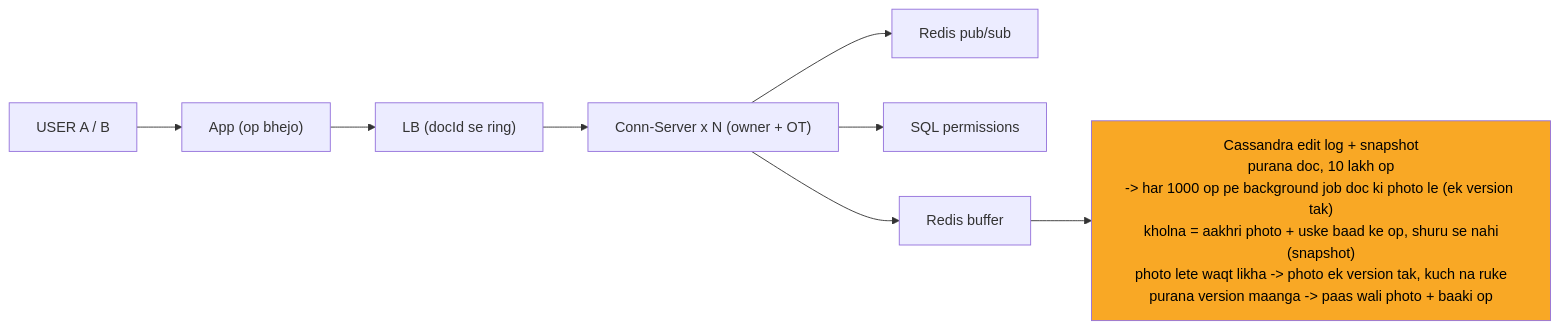
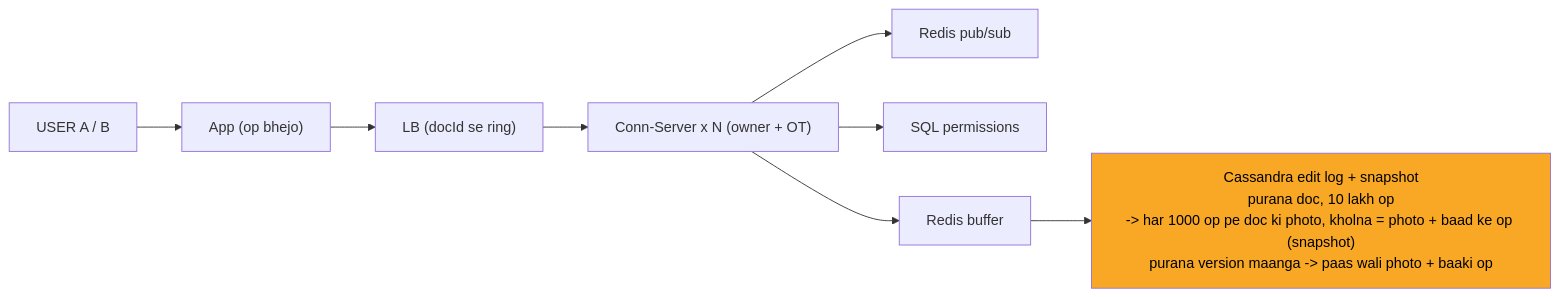
One commit to ArpanMaheshwari144/Prep changed the diagram in 04_HLD/SYSTEM_DESIGNS/11_google_docs_collab/img/c8.mmd. Above: the diagram before and after it, drawn with Mermaid. The commit also changed 36 other files, not shown here.

```diff
--- a/04_HLD/SYSTEM_DESIGNS/11_google_docs_collab/img/c8.mmd
+++ b/04_HLD/SYSTEM_DESIGNS/11_google_docs_collab/img/c8.mmd
@@ -1,18 +1,18 @@
 %%{init: {"flowchart": {"wrappingWidth": 450}}}%%
 flowchart LR
     n_USER["USER A / B"]
     n_App["App (op bhejo)"]
     n_LB["LB (docId se ring)"]
     n_Conn_Server_xN["Conn-Server x N (owner + OT)"]
     n_PS["Redis pub/sub"]
     n_SQL["SQL permissions"]
     n_BUF["Redis buffer"]
-    n_CAS["Cassandra edit log + snapshot<br/>purana doc, 10 lakh op<br/>-> har 1000 op pe background job doc ki photo le (ek version tak)<br/>kholna = aakhri photo + uske baad ke op, shuru se nahi<br/>(snapshot)<br/>photo lete waqt likha -> photo ek version tak, kuch na ruke<br/>purana version maanga -> paas wali photo + baaki op"]
+    n_CAS["Cassandra edit log + snapshot<br/>purana doc, 10 lakh op<br/>-> har 1000 op pe doc ki photo, kholna = photo + baad ke op (snapshot)<br/>purana version maanga -> paas wali photo + baaki op"]
     n_USER --> n_App
     n_App --> n_LB
     n_LB --> n_Conn_Server_xN
     n_Conn_Server_xN --> n_PS
     n_Conn_Server_xN --> n_BUF
     n_Conn_Server_xN --> n_SQL
     n_BUF --> n_CAS
     style n_CAS fill:#f9a825,color:#000
```
